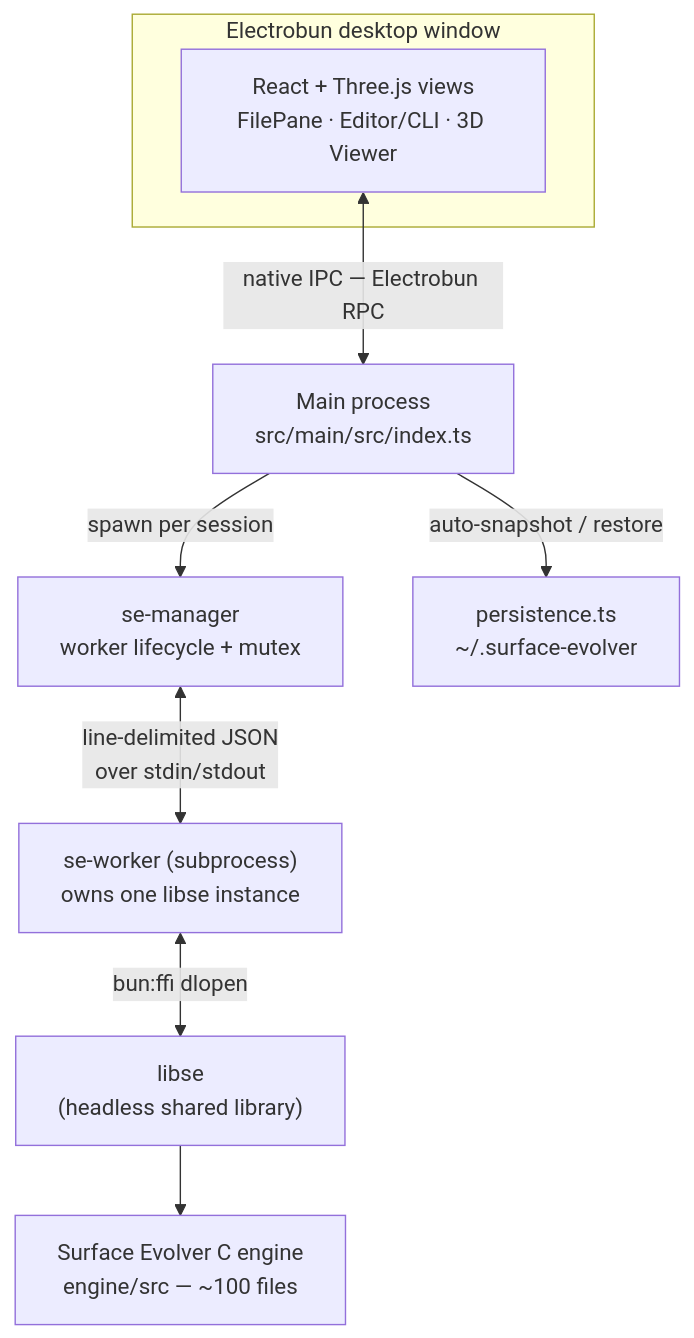
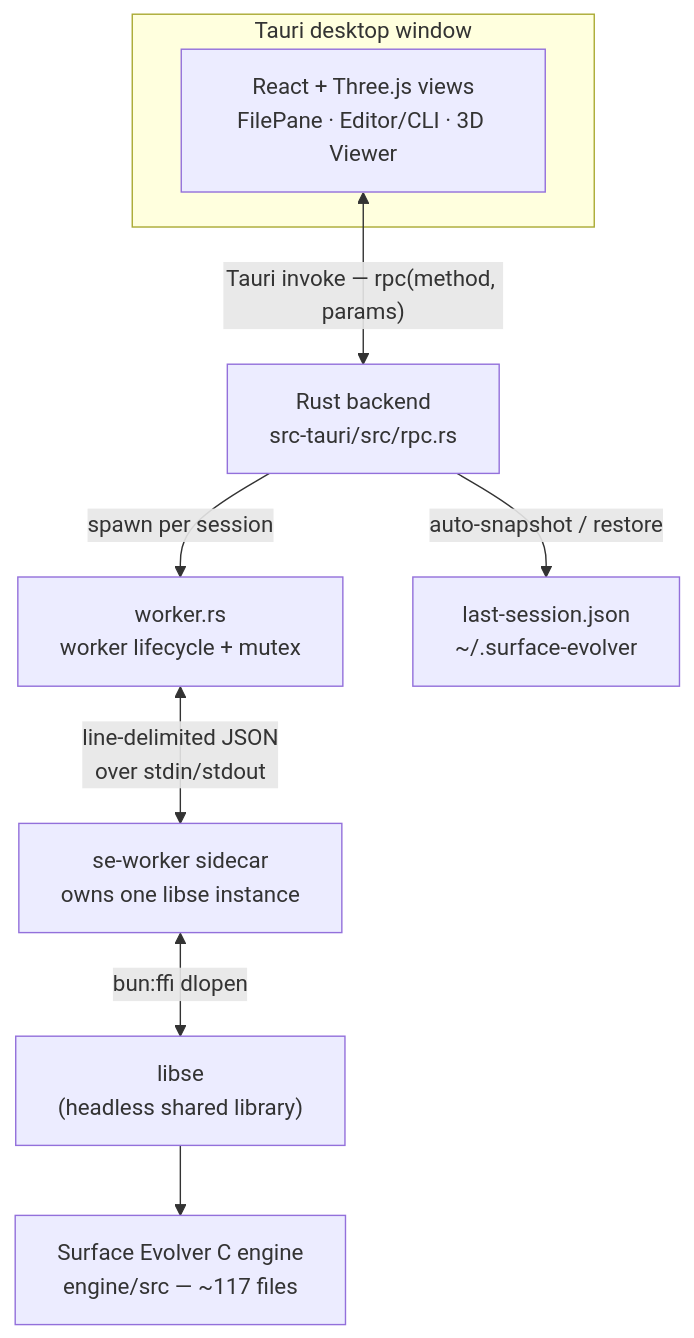
Before and after one commit to sersergious/surface-evolver: the first of 2 diagrams in README.md, drawn with Mermaid. The commit also changed other lines of this file and 298 other files, not shown here.

First line of the commit message:
Port desktop app from Electrobun to Tauri v2; flatten repo layout

````diff
--- a/README.md
+++ b/README.md
@@ -44,12 +42,12 @@
 ```mermaid
 flowchart TD
-    subgraph win["Electrobun desktop window"]
+    subgraph win["Tauri desktop window"]
         UI["React + Three.js views<br/>FilePane · Editor/CLI · 3D Viewer"]
     end
-    UI <-->|"native IPC — Electrobun RPC"| Main["Main process<br/>src/main/src/index.ts"]
-    Main -->|"spawn per session"| Mgr["se-manager<br/>worker lifecycle + mutex"]
-    Mgr <-->|"line-delimited JSON<br/>over stdin/stdout"| Worker["se-worker (subprocess)<br/>owns one libse instance"]
+    UI <-->|"Tauri invoke — rpc(method, params)"| Main["Rust backend<br/>src-tauri/src/rpc.rs"]
+    Main -->|"spawn per session"| Mgr["worker.rs<br/>worker lifecycle + mutex"]
+    Mgr <-->|"line-delimited JSON<br/>over stdin/stdout"| Worker["se-worker sidecar<br/>owns one libse instance"]
     Worker <-->|"bun:ffi dlopen"| Lib["libse<br/>(headless shared library)"]
-    Lib --> Engine["Surface Evolver C engine<br/>engine/src — ~100 files"]
-    Main -->|"auto-snapshot / restore"| Persist["persistence.ts<br/>~/.surface-evolver"]
+    Lib --> Engine["Surface Evolver C engine<br/>engine/src — ~117 files"]
+    Main -->|"auto-snapshot / restore"| Persist["last-session.json<br/>~/.surface-evolver"]
 ```
````
